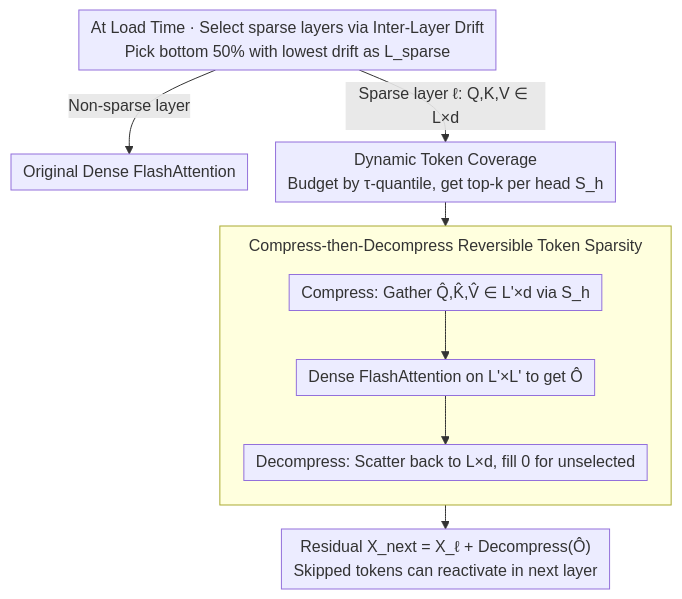
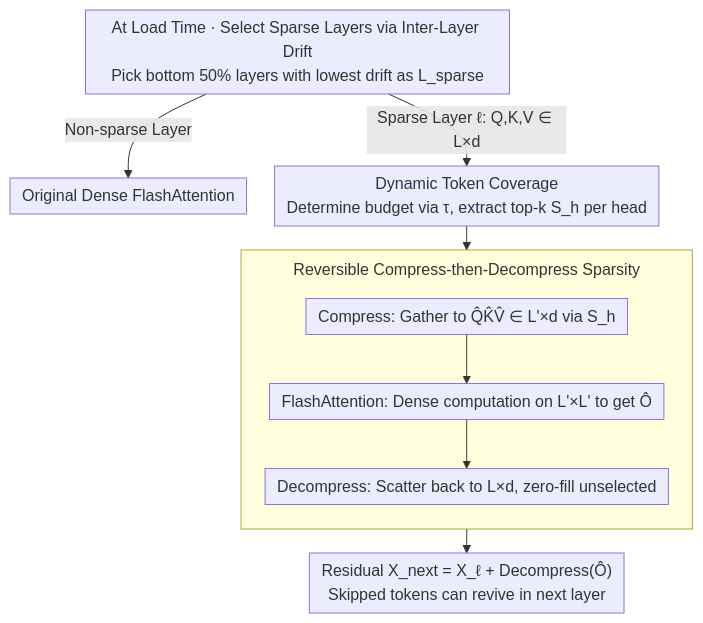
Before and after one commit to zhaoyang97/Paper-Notes-en: the diagram in docs/ICML2026/model_compression/token_sparse_attention_efficient_long-context_inference_with_interleaved_token_s.md, drawn with Mermaid. The commit also changed other lines of this file and 5084 other files, not shown here.

````diff
--- a/docs/ICML2026/model_compression/token_sparse_attention_efficient_long-context_inference_with_interleaved_token_s.md
+++ b/docs/ICML2026/model_compression/token_sparse_attention_efficient_long-context_inference_with_interleaved_token_s.md
@@ -41,15 +41,15 @@
 ```mermaid
 %%{init: {'flowchart': {'rankSpacing': 24, 'nodeSpacing': 28, 'padding': 6, 'wrappingWidth': 400, 'subGraphTitleMargin': {'top': 8, 'bottom': 16}}}}%%
 flowchart TD
-    L["At Load Time · Select sparse layers via Inter-Layer Drift<br/>Pick bottom 50% with lowest drift as L_sparse"]
-    L -->|Non-sparse layer| FA["Original Dense FlashAttention"]
-    L -->|"Sparse layer ℓ: Q,K,V ∈ L×d"| TC["Dynamic Token Coverage<br/>Budget by τ-quantile, get top-k per head S_h"]
-    subgraph CD["Compress-then-Decompress Reversible Token Sparsity"]
+    L["At Load Time · Select Sparse Layers via Inter-Layer Drift<br/>Pick bottom 50% layers with lowest drift as L_sparse"]
+    L -->|Non-sparse Layer| FA["Original Dense FlashAttention"]
+    L -->|"Sparse Layer ℓ: Q,K,V ∈ L×d"| TC["Dynamic Token Coverage<br/>Determine budget via τ, extract top-k S_h per head"]
+    subgraph CD["Reversible Compress-then-Decompress Sparsity"]
         direction TB
-        G["Compress: Gather Q̂,K̂,V̂ ∈ L'×d via S_h"]
-        G --> A["Dense FlashAttention on L'×L' to get Ô"]
-        A --> S["Decompress: Scatter back to L×d, fill 0 for unselected"]
+        G["Compress: Gather to Q̂K̂V̂ ∈ L'×d via S_h"]
+        G --> A["FlashAttention: Dense computation on L'×L' to get Ô"]
+        A --> S["Decompress: Scatter back to L×d, zero-fill unselected"]
     end
     TC --> CD
-    CD --> R["Residual X_next = X_ℓ + Decompress(Ô)<br/>Skipped tokens can reactivate in next layer"]
+    CD --> R["Residual X_next = X_ℓ + Decompress(Ô)<br/>Skipped tokens can revive in next layer"]
 ```
````
